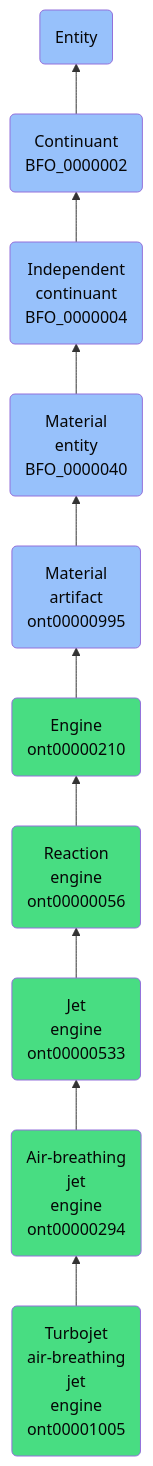
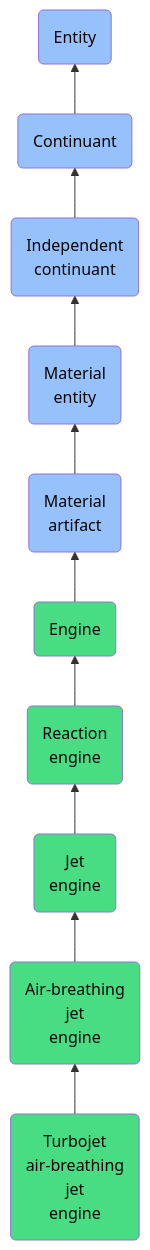
The diagram in docs/ontology/reference/model/Entity/Continuant/Independent continuant/Material entity/Material artifact/Engine/Reaction engine/Jet engine/Air-breathing jet engine/Turbojet air-breathing jet engine/Turbojet air-breathing jet engine.md (jupyter-naas/abi), drawn with Mermaid before and after one commit. The commit also changed other lines of this file and 1430 other files, not shown here.

````diff
--- a/docs/ontology/reference/model/Entity/Continuant/Independent continuant/Material entity/Material artifact/Engine/Reaction engine/Jet engine/Air-breathing jet engine/Turbojet air-breathing jet engine/Turbojet air-breathing jet engine.md
+++ b/docs/ontology/reference/model/Entity/Continuant/Independent continuant/Material entity/Material artifact/Engine/Reaction engine/Jet engine/Air-breathing jet engine/Turbojet air-breathing jet engine/Turbojet air-breathing jet engine.md
@@ -24,17 +24,17 @@
 ```mermaid
 graph BT
-    ont00001005(Turbojet<br>air-breathing<br>jet<br>engine<br>ont00001005):::ABI-->ont00000294
-    ont00000294(Air-breathing<br>jet<br>engine<br>ont00000294):::ABI-->ont00000533
-    ont00000533(Jet<br>engine<br>ont00000533):::ABI-->ont00000056
-    ont00000056(Reaction<br>engine<br>ont00000056):::ABI-->ont00000210
-    ont00000210(Engine<br>ont00000210):::ABI-->ont00000995
-    ont00000995(Material<br>artifact<br>ont00000995):::BFO-->BFO_0000040
-    BFO_0000040(Material<br>entity<br>BFO_0000040):::BFO-->BFO_0000004
-    BFO_0000004(Independent<br>continuant<br>BFO_0000004):::BFO-->BFO_0000002
-    BFO_0000002(Continuant<br>BFO_0000002):::BFO-->BFO_0000001
+    ont00001005(Turbojet<br>air-breathing<br>jet<br>engine):::ABI-->ont00000294
+    ont00000294(Air-breathing<br>jet<br>engine):::ABI-->ont00000533
+    ont00000533(Jet<br>engine):::ABI-->ont00000056
+    ont00000056(Reaction<br>engine):::ABI-->ont00000210
+    ont00000210(Engine):::ABI-->ont00000995
+    ont00000995(Material<br>artifact):::BFO-->BFO_0000040
+    BFO_0000040(Material<br>entity):::BFO-->BFO_0000004
+    BFO_0000004(Independent<br>continuant):::BFO-->BFO_0000002
+    BFO_0000002(Continuant):::BFO-->BFO_0000001
     BFO_0000001(Entity):::BFO
     
     classDef BFO fill:#97c1fb,color:#060606
     classDef CCO fill:#e4c51e,color:#060606
     classDef ABI fill:#48DD82,color:#060606
 ```
````
